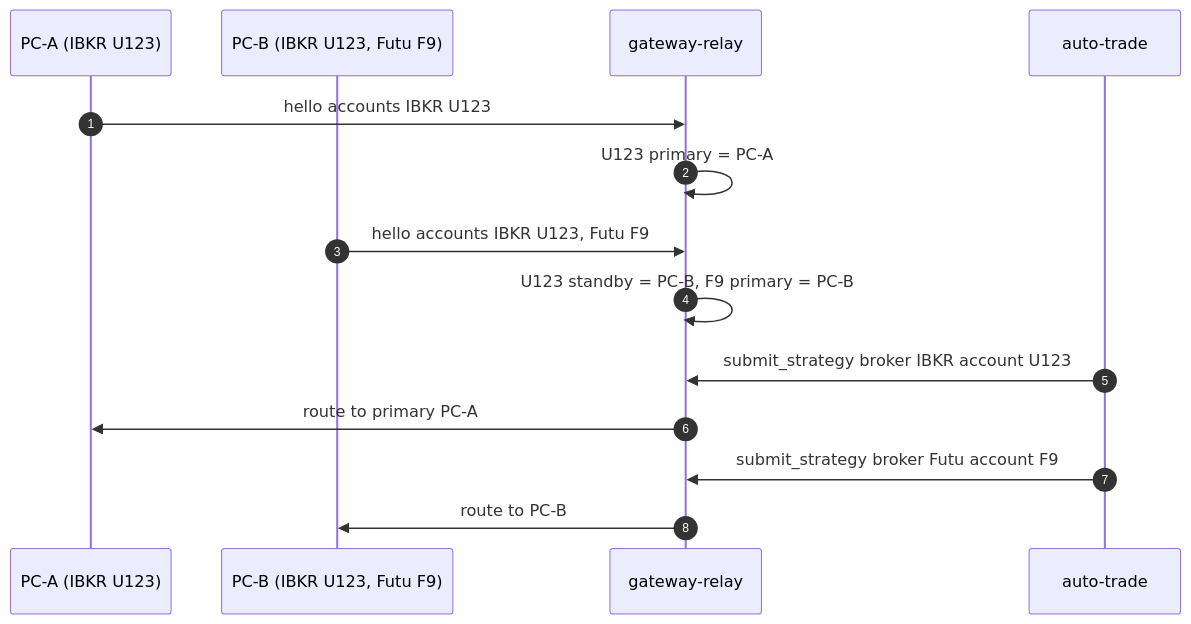
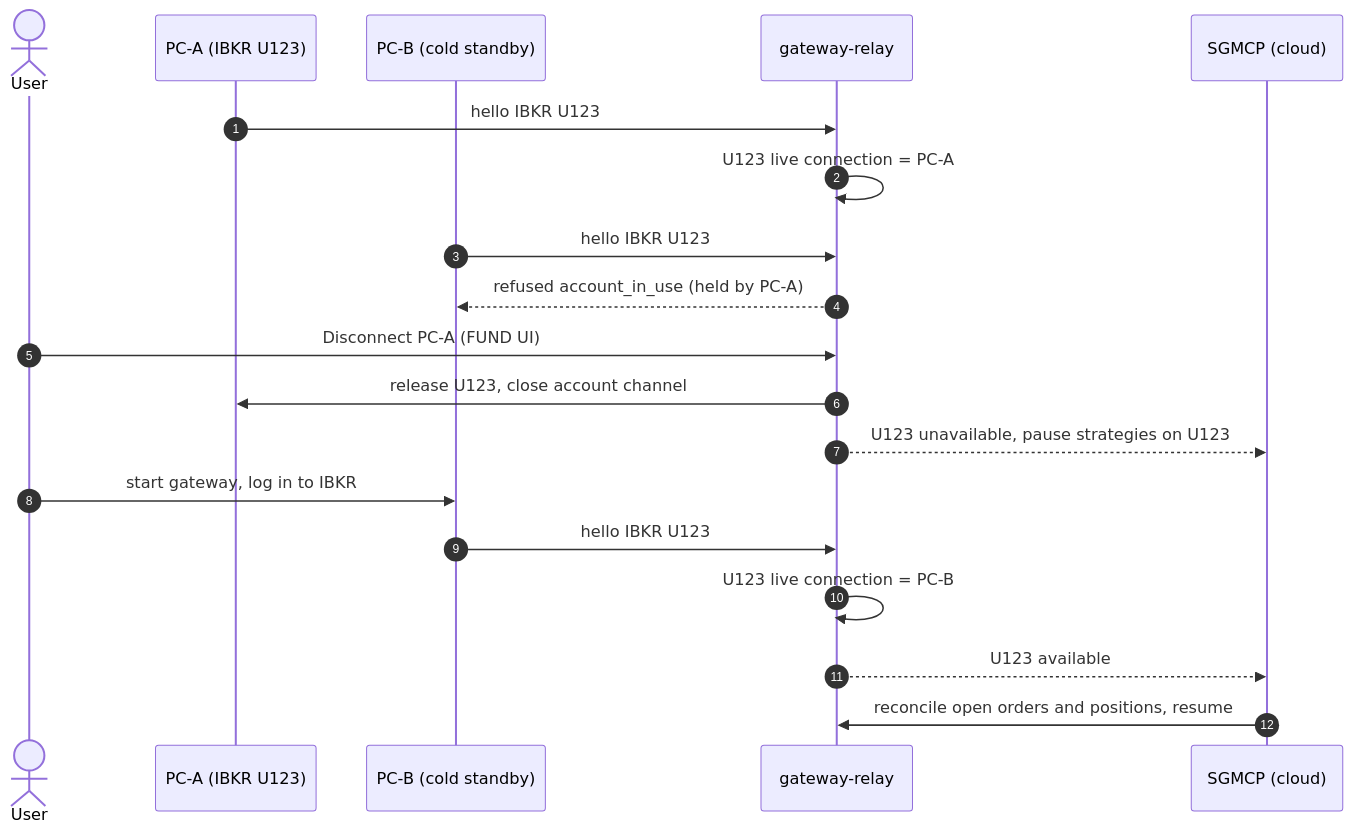
The eighth of 16 diagrams in docs/ECOSYSTEM-INTEGRATION.md (Neural-Matrix-LLC/SSO-server), drawn with Mermaid before and after one commit. The commit also changed other lines of this file and 3 other files, not shown here.

````diff
--- a/docs/ECOSYSTEM-INTEGRATION.md
+++ b/docs/ECOSYSTEM-INTEGRATION.md
@@ -446,16 +462,21 @@
 ```mermaid
 sequenceDiagram
   autonumber
+  actor U as User
   participant A as PC-A (IBKR U123)
-  participant B as PC-B (IBKR U123, Futu F9)
+  participant B as PC-B (cold standby)
   participant RL as gateway-relay
-  participant AT as auto-trade
-  A->>RL: hello accounts IBKR U123
-  RL->>RL: U123 primary = PC-A
-  B->>RL: hello accounts IBKR U123, Futu F9
-  RL->>RL: U123 standby = PC-B, F9 primary = PC-B
-  AT->>RL: submit_strategy broker IBKR account U123
-  RL->>A: route to primary PC-A
-  AT->>RL: submit_strategy broker Futu account F9
-  RL->>B: route to PC-B
+  participant SG as SGMCP (cloud)
+  A->>RL: hello IBKR U123
+  RL->>RL: U123 live connection = PC-A
+  B->>RL: hello IBKR U123
+  RL-->>B: refused account_in_use (held by PC-A)
+  U->>RL: Disconnect PC-A (FUND UI)
+  RL->>A: release U123, close account channel
+  RL-->>SG: U123 unavailable, pause strategies on U123
+  U->>B: start gateway, log in to IBKR
+  B->>RL: hello IBKR U123
+  RL->>RL: U123 live connection = PC-B
+  RL-->>SG: U123 available
+  SG->>RL: reconcile open orders and positions, resume
 ```
````
